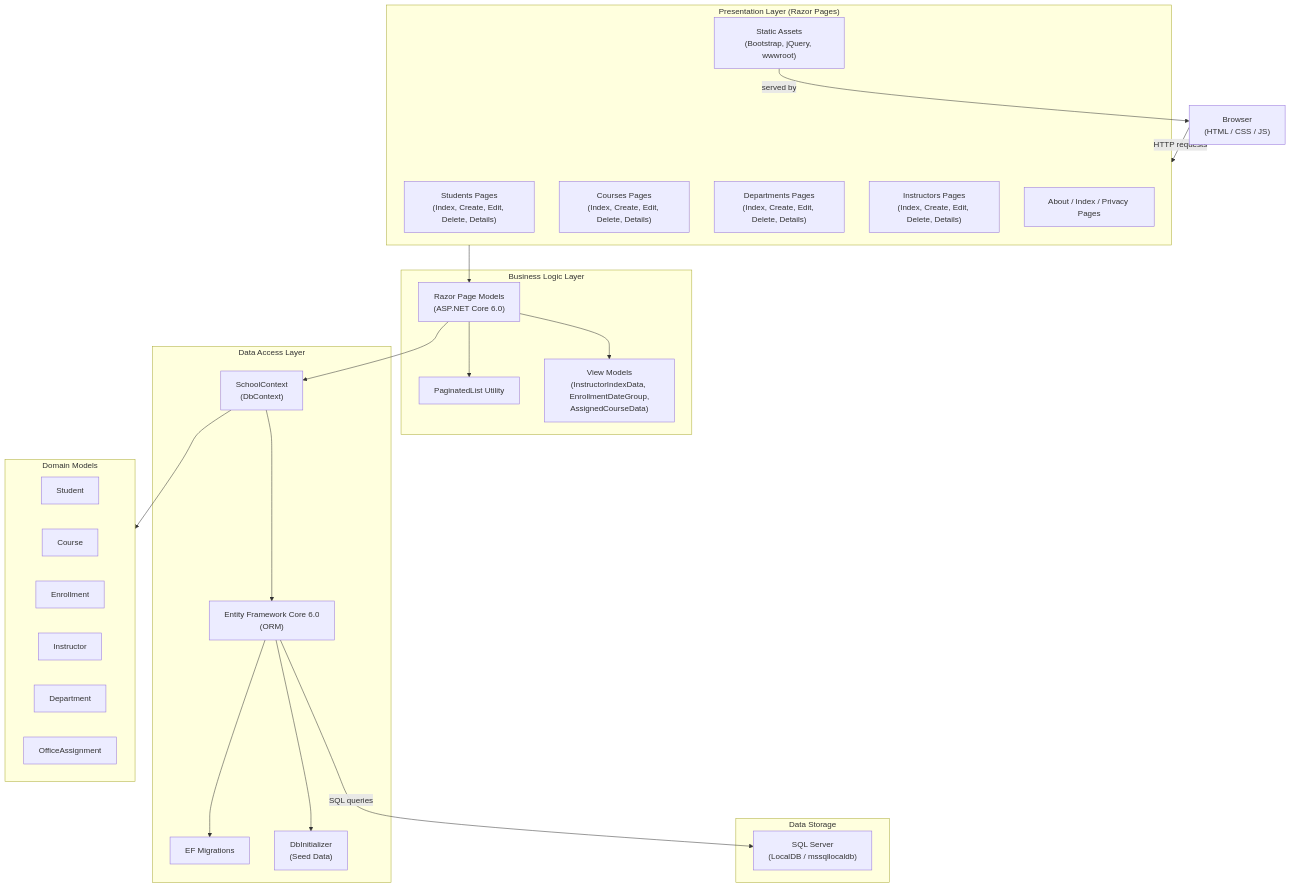
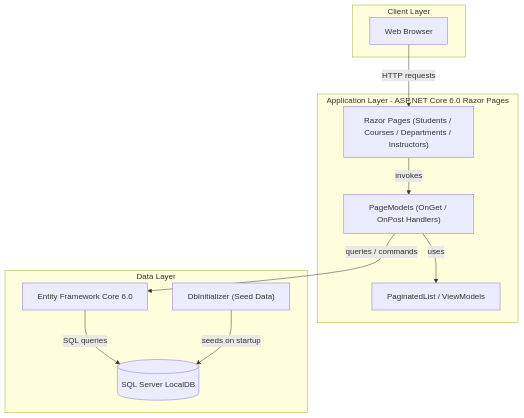
The first of 2 diagrams in .github/modernize/architecture-diagram.md (zhoufenqin/ContosoUniversity), drawn with Mermaid before and after one commit. The commit also changed other lines of this file and 3 other files, not shown here.

Commit message:
Add application assessment report, architecture diagram, and dependency map

````diff
--- a/.github/modernize/architecture-diagram.md
+++ b/.github/modernize/architecture-diagram.md
@@ -7,51 +7,23 @@
 ```mermaid
 flowchart TD
-    Browser["Browser\n(HTML / CSS / JS)"]
-
-    subgraph Presentation["Presentation Layer (Razor Pages)"]
-        Students["Students Pages\n(Index, Create, Edit, Delete, Details)"]
-        Courses["Courses Pages\n(Index, Create, Edit, Delete, Details)"]
-        Departments["Departments Pages\n(Index, Create, Edit, Delete, Details)"]
-        Instructors["Instructors Pages\n(Index, Create, Edit, Delete, Details)"]
-        About["About / Index / Privacy Pages"]
-        Static["Static Assets\n(Bootstrap, jQuery, wwwroot)"]
+    subgraph Client["Client Layer"]
+        Browser["Web Browser"]
+    end
+    subgraph App["Application Layer - ASP.NET Core 6.0 Razor Pages"]
+        Pages["Razor Pages (Students / Courses / Departments / Instructors)"]
+        PageModels["PageModels (OnGet / OnPost Handlers)"]
+        Utilities["PaginatedList / ViewModels"]
+    end
+    subgraph Data["Data Layer"]
+        EF["Entity Framework Core 6.0"]
+        DB[("SQL Server LocalDB")]
+        DbInit["DbInitializer (Seed Data)"]
     end
 
-    subgraph BusinessLogic["Business Logic Layer"]
-        PageModels["Razor Page Models\n(ASP.NET Core 6.0)"]
-        PaginatedList["PaginatedList Utility"]
-        ViewModels["View Models\n(InstructorIndexData, EnrollmentDateGroup,\nAssignedCourseData)"]
-    end
-
-    subgraph DataLayer["Data Access Layer"]
-        EFCore["Entity Framework Core 6.0\n(ORM)"]
-        SchoolContext["SchoolContext\n(DbContext)"]
-        Migrations["EF Migrations"]
-        DbInitializer["DbInitializer\n(Seed Data)"]
-    end
-
-    subgraph Models["Domain Models"]
-        Student["Student"]
-        Course["Course"]
-        Enrollment["Enrollment"]
-        Instructor["Instructor"]
-        Department["Department"]
-        OfficeAssignment["OfficeAssignment"]
-    end
-
-    subgraph DataStorage["Data Storage"]
-        SQLServer["SQL Server\n(LocalDB / mssqllocaldb)"]
-    end
-
-    Browser -->|HTTP requests| Presentation
-    Static -->|served by| Browser
-    Presentation --> PageModels
-    PageModels --> PaginatedList
-    PageModels --> ViewModels
-    PageModels --> SchoolContext
-    SchoolContext --> EFCore
-    EFCore --> Migrations
-    EFCore --> DbInitializer
-    SchoolContext --> Models
-    EFCore -->|SQL queries| SQLServer
+    Browser -->|"HTTP requests"| Pages
+    Pages -->|"invokes"| PageModels
+    PageModels -->|"uses"| Utilities
+    PageModels -->|"queries / commands"| EF
+    EF -->|"SQL queries"| DB
+    DbInit -->|"seeds on startup"| DB
 ```
````
